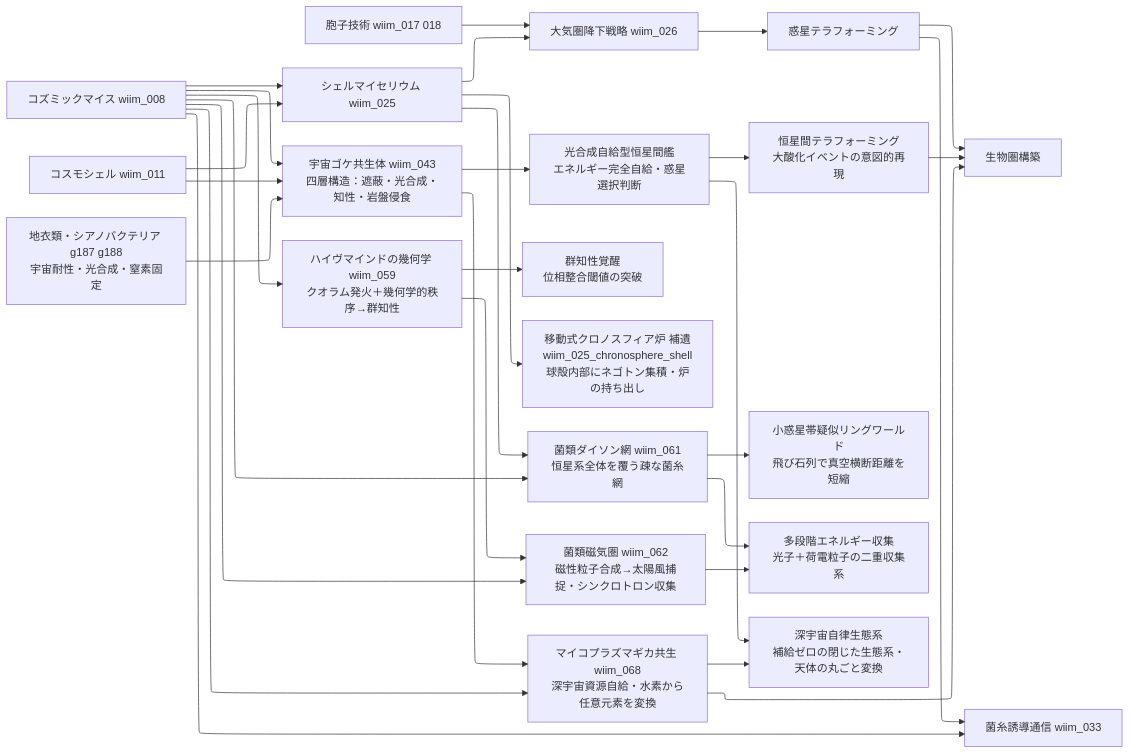
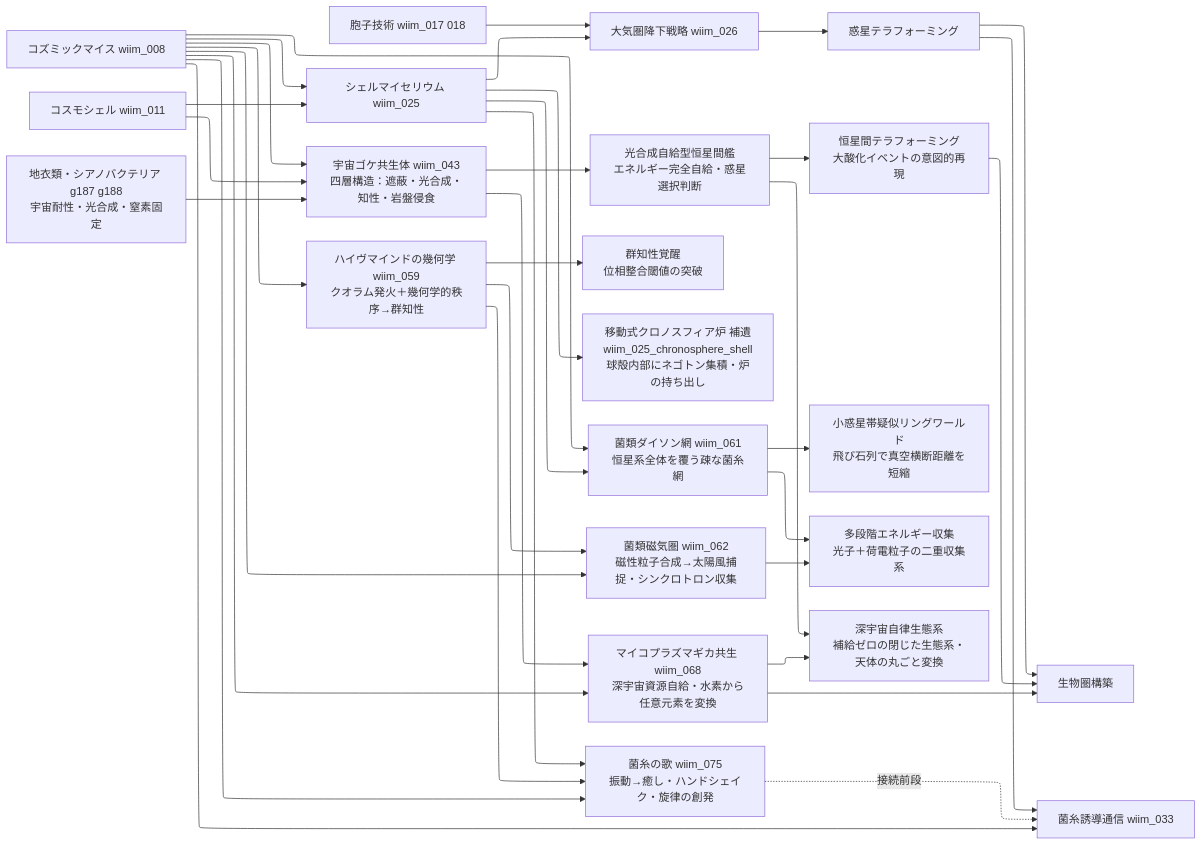
One commit to theronium/WhatIfImpossible changed the second of 14 diagrams in docs/notes/tech_tree.md. Above: the diagram before and after it, drawn with Mermaid. The commit also changed 18 other files, not shown here.

````diff
--- a/docs/notes/tech_tree.md
+++ b/docs/notes/tech_tree.md
@@ -99,44 +99,49 @@
 ```mermaid
 %%{init: {"layout": "elk"}}%%
 flowchart LR
     B1[コズミックマイス wiim_008]
     B2[コスモシェル wiim_011]
     B3[胞子技術 wiim_017 018]
 
     B9[地衣類・シアノバクテリア g187 g188\n宇宙耐性・光合成・窒素固定]
 
     B1 --> B4[シェルマイセリウム wiim_025]
     B2 --> B4
     B4 --> B5[大気圏降下戦略 wiim_026]
     B3 --> B5
     B5 --> B6[惑星テラフォーミング]
     B6 --> B7[生物圏構築]
     B6 --> B8[菌糸誘導通信 wiim_033]
     B1 --> B8
 
     B1 --> B10[宇宙ゴケ共生体 wiim_043\n四層構造：遮蔽・光合成・知性・岩盤侵食]
     B2 --> B10
     B9 --> B10
     B10 --> B11[光合成自給型恒星間艦\nエネルギー完全自給・惑星選択判断]
     B11 --> B12[恒星間テラフォーミング\n大酸化イベントの意図的再現]
     B12 --> B7
 
     B1 --> B13[ハイヴマインドの幾何学 wiim_059\nクオラム発火＋幾何学的秩序→群知性]
     B13 --> B14[群知性覚醒\n位相整合閾値の突破]
 
     B4 --> B15[移動式クロノスフィア炉 補遺wiim_025_chronosphere_shell\n球殻内部にネゴトン集積・炉の持ち出し]
 
     B1 --> B16[菌類ダイソン網 wiim_061\n恒星系全体を覆う疎な菌糸網]
     B4 --> B16
     B1 --> B17[菌類磁気圏 wiim_062\n磁性粒子合成→太陽風捕捉・シンクロトロン収集]
     B13 --> B17
     B16 --> B18[小惑星帯疑似リングワールド\n飛び石列で真空横断距離を短縮]
     B16 --> B19[多段階エネルギー収集\n光子＋荷電粒子の二重収集系]
     B17 --> B19
 
     B1 --> B20[マイコプラズマギカ共生 wiim_068\n深宇宙資源自給・水素から任意元素を変換]
     B10 --> B20
     B20 --> B7
     B20 --> B21[深宇宙自律生態系\n補給ゼロの閉じた生態系・天体の丸ごと変換]
     B11 --> B21
+
+    B1 --> B22[菌糸の歌 wiim_075\n振動→癒し・ハンドシェイク・旋律の創発]
+    B4 --> B22
+    B13 --> B22
+    B22 -.->|接続前段| B8
 ```
````
